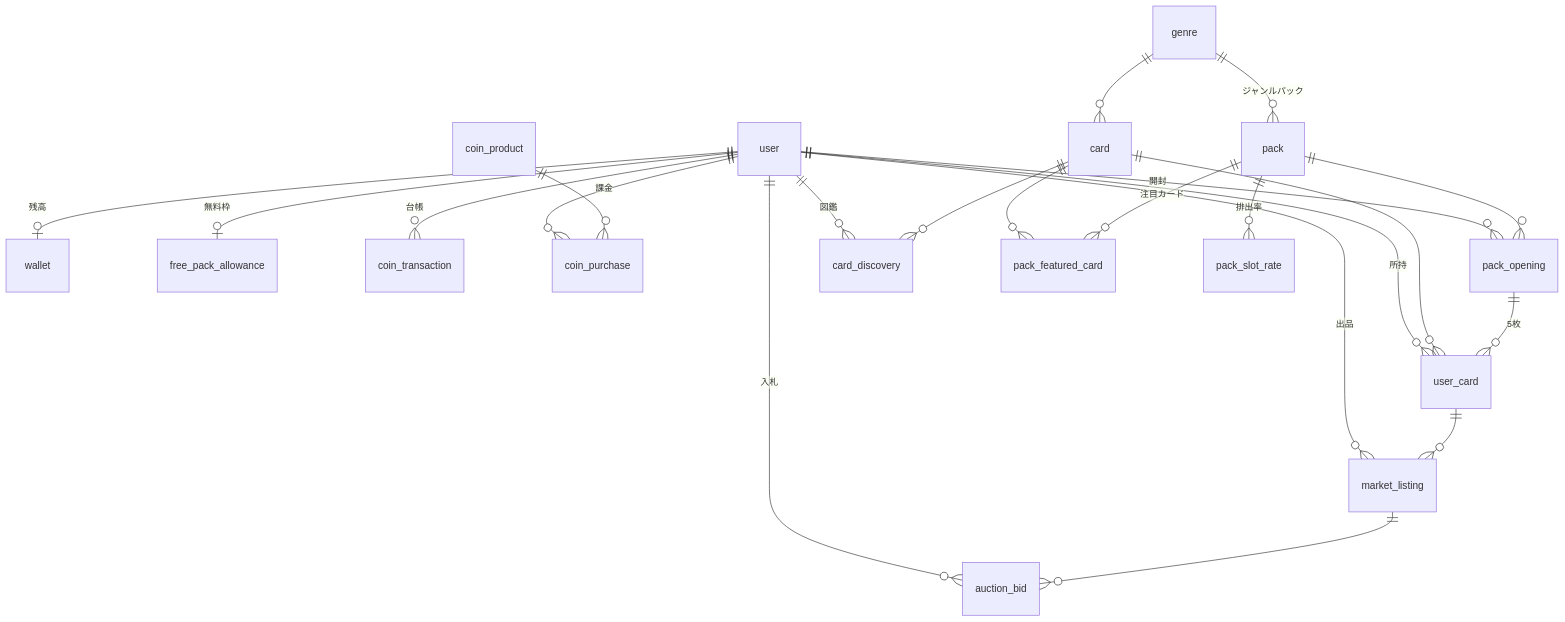
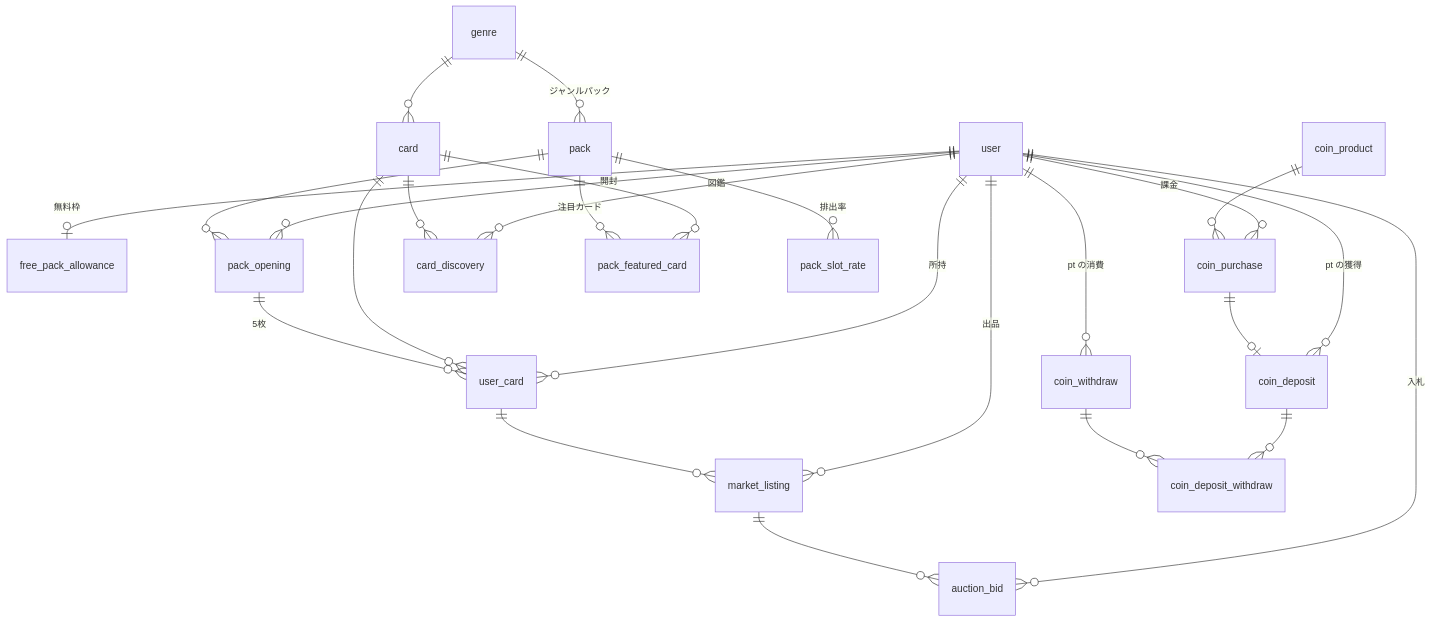
The diagram in docs/design/database.md (matsupiee/wiki-collection), drawn with Mermaid before and after one commit. The commit also changed other lines of this file and 170 other files, not shown here.

````diff
--- a/docs/design/database.md
+++ b/docs/design/database.md
@@ -11,28 +11,32 @@
 ```mermaid
 erDiagram
-  user ||--o| wallet : "残高"
   user ||--o| free_pack_allowance : "無料枠"
-  user ||--o{ coin_transaction : "台帳"
+  user ||--o{ coin_deposit : "pt の獲得"
+  user ||--o{ coin_withdraw : "pt の消費"
   user ||--o{ coin_purchase : "課金"
   user ||--o{ pack_opening : "開封"
   user ||--o{ user_card : "所持"
   user ||--o{ card_discovery : "図鑑"
   user ||--o{ market_listing : "出品"
   user ||--o{ auction_bid : "入札"
+
+  coin_deposit ||--o{ coin_deposit_withdraw : ""
+  coin_withdraw ||--o{ coin_deposit_withdraw : ""
 
   genre ||--o{ card : ""
   genre ||--o{ pack : "ジャンルパック"
   card ||--o{ user_card : ""
   card ||--o{ card_discovery : ""
   card ||--o{ pack_featured_card : ""
 
   pack ||--o{ pack_slot_rate : "排出率"
   pack ||--o{ pack_featured_card : "注目カード"
   pack ||--o{ pack_opening : ""
   pack_opening ||--o{ user_card : "5枚"
 
   user_card ||--o{ market_listing : ""
   market_listing ||--o{ auction_bid : ""
 
   coin_product ||--o{ coin_purchase : ""
+  coin_purchase ||--o| coin_deposit : ""
 ```
````
